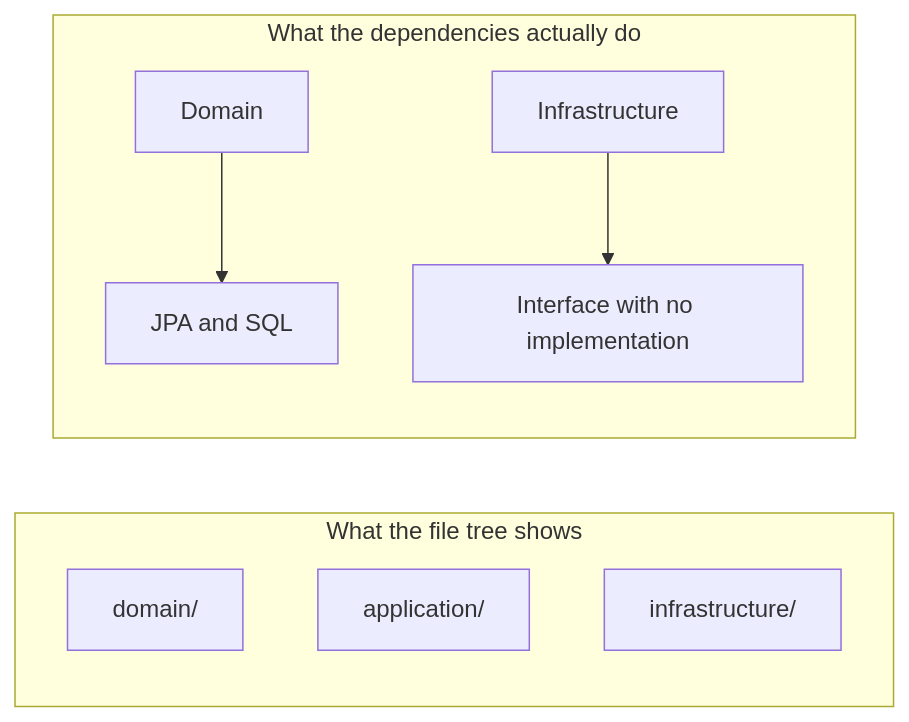
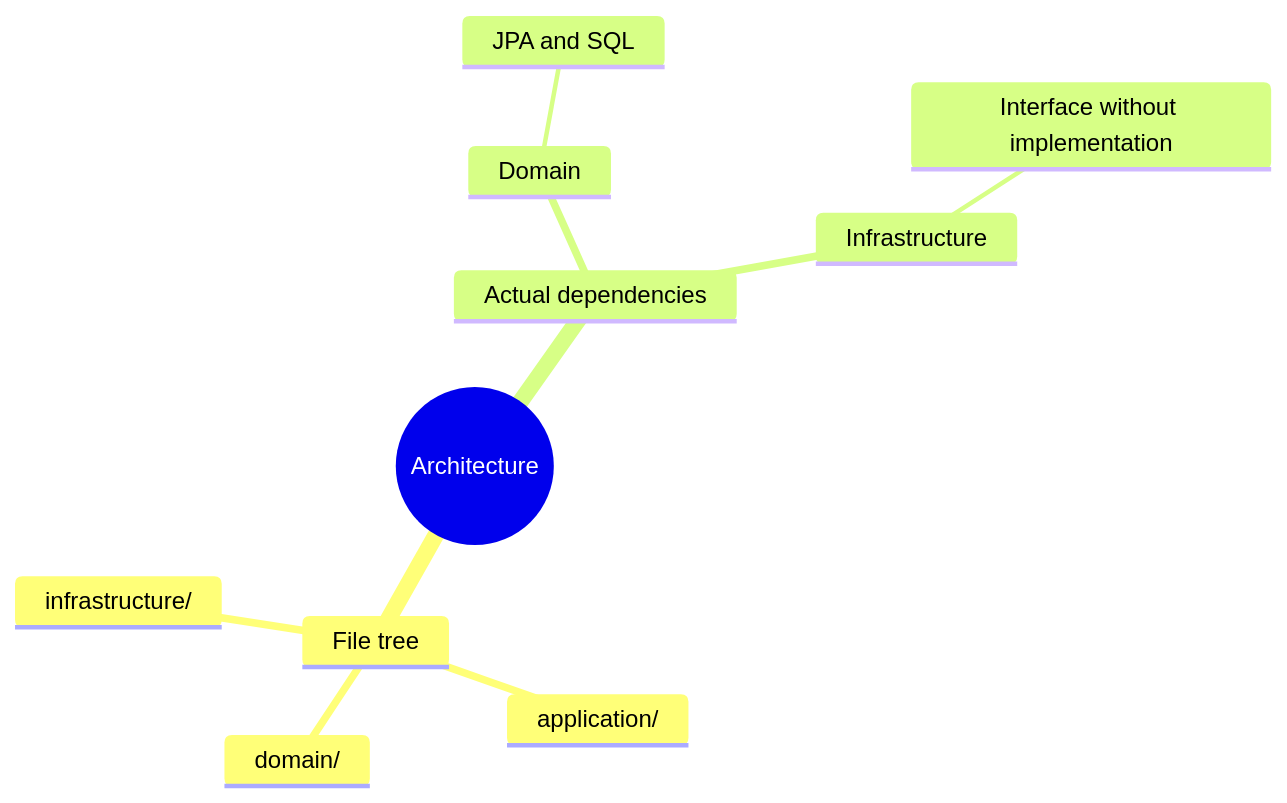
One commit to dyotamo/blog changed the first of 4 diagrams in content/articles/architecture-is-not-folder-names/index.md. Above: the diagram before and after it, drawn with Mermaid. The commit also changed other lines of this file and 26 other files, not shown here.

````diff
--- a/content/articles/architecture-is-not-folder-names/index.md
+++ b/content/articles/architecture-is-not-folder-names/index.md
@@ -33,12 +33,13 @@
 ```mermaid
-flowchart LR
-    subgraph Names[What the file tree shows]
-        A[domain/]
-        B[application/]
-        C[infrastructure/]
-    end
-    subgraph Reality[What the dependencies actually do]
-        D[Domain] --> E[JPA and SQL]
-        F[Infrastructure] --> G[Interface with no implementation]
-    end
+mindmap
+  root((Architecture))
+    File tree
+      domain/
+      application/
+      infrastructure/
+    Actual dependencies
+      Domain
+        JPA and SQL
+      Infrastructure
+        Interface without implementation
 ```
````
